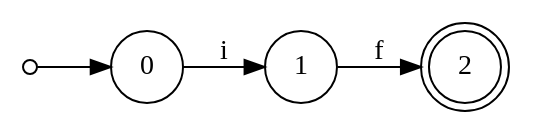
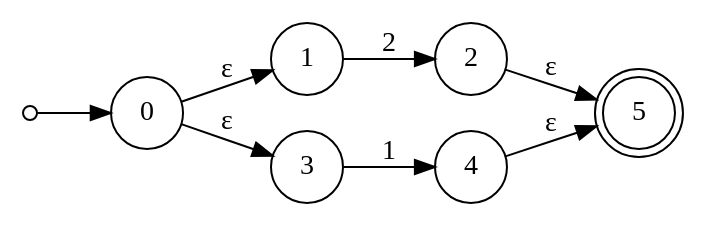
The diagram in nfa0.gv (EstebanAG1005/LaboratorioC-Lenguajes), drawn with Graphviz before and after one commit. The commit also changed 12 other files, not shown here.

```diff
--- a/nfa0.gv
+++ b/nfa0.gv
@@ -1,10 +1,14 @@
 digraph {
 	rankdir=LR size="8,5"
 	node [shape=doublecircle]
-	2
+	5
 	node [shape=circle]
 	start [label="" height=0.1 width=0.1]
 	start -> 0 [label=""]
-	0 -> 1 [label=i]
-	1 -> 2 [label=f]
+	0 -> 1 [label="ε"]
+	0 -> 3 [label="ε"]
+	1 -> 2 [label=2]
+	3 -> 4 [label=1]
+	2 -> 5 [label="ε"]
+	4 -> 5 [label="ε"]
 }
```
